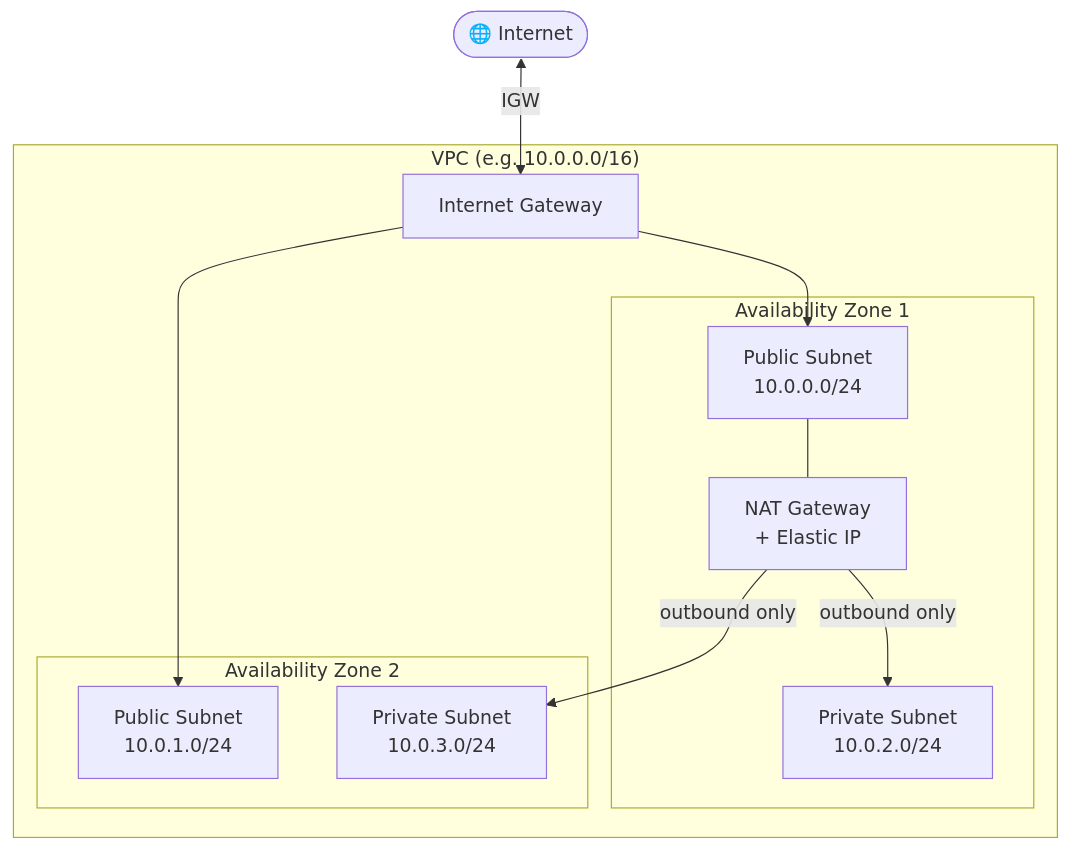
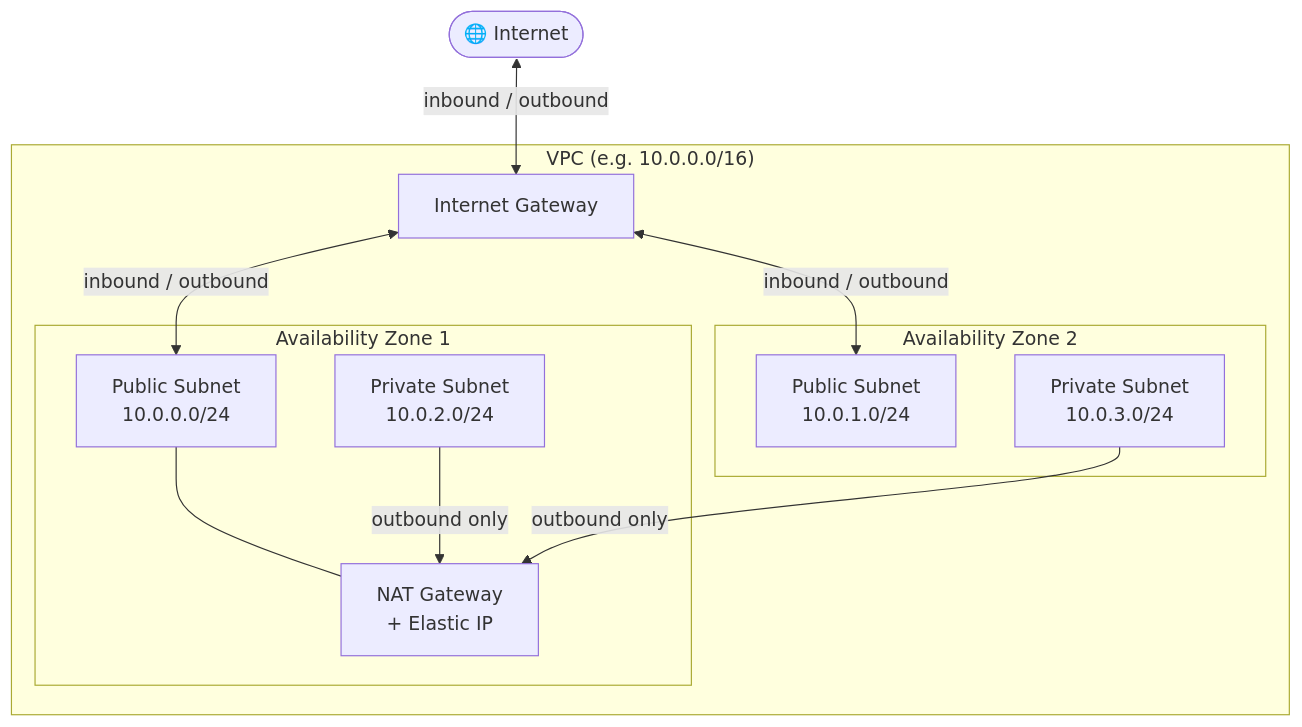
One commit to rafael-abreu2812/Terraform changed the diagram in modules/terraform-aws-networking/README.md. Above: the diagram before and after it, drawn with Mermaid.

Commit message:
ajuste mermaid

````diff
--- a/modules/terraform-aws-networking/README.md
+++ b/modules/terraform-aws-networking/README.md
@@ -18,27 +18,27 @@
 ```mermaid
 flowchart TB
     Internet(["🌐 Internet"])
 
-    Internet <-->|IGW| IGW
+    Internet <-->|"inbound / outbound"| IGW
 
     subgraph VPC["VPC (e.g. 10.0.0.0/16)"]
         IGW["Internet Gateway"]
 
         subgraph AZ1["Availability Zone 1"]
             PubSub1["Public Subnet\n10.0.0.0/24"]
+            NAT["NAT Gateway\n+ Elastic IP"]
             PrivSub1["Private Subnet\n10.0.2.0/24"]
-            NAT["NAT Gateway\n+ Elastic IP"]
         end
 
         subgraph AZ2["Availability Zone 2"]
             PubSub2["Public Subnet\n10.0.1.0/24"]
             PrivSub2["Private Subnet\n10.0.3.0/24"]
         end
 
-        IGW --> PubSub1
-        IGW --> PubSub2
+        IGW <-->|"inbound / outbound"| PubSub1
+        IGW <-->|"inbound / outbound"| PubSub2
         PubSub1 --- NAT
-        NAT -->|"outbound only"| PrivSub1
-        NAT -->|"outbound only"| PrivSub2
+        PrivSub1 -->|"outbound only"| NAT
+        PrivSub2 -->|"outbound only"| NAT
     end
 ```
````
